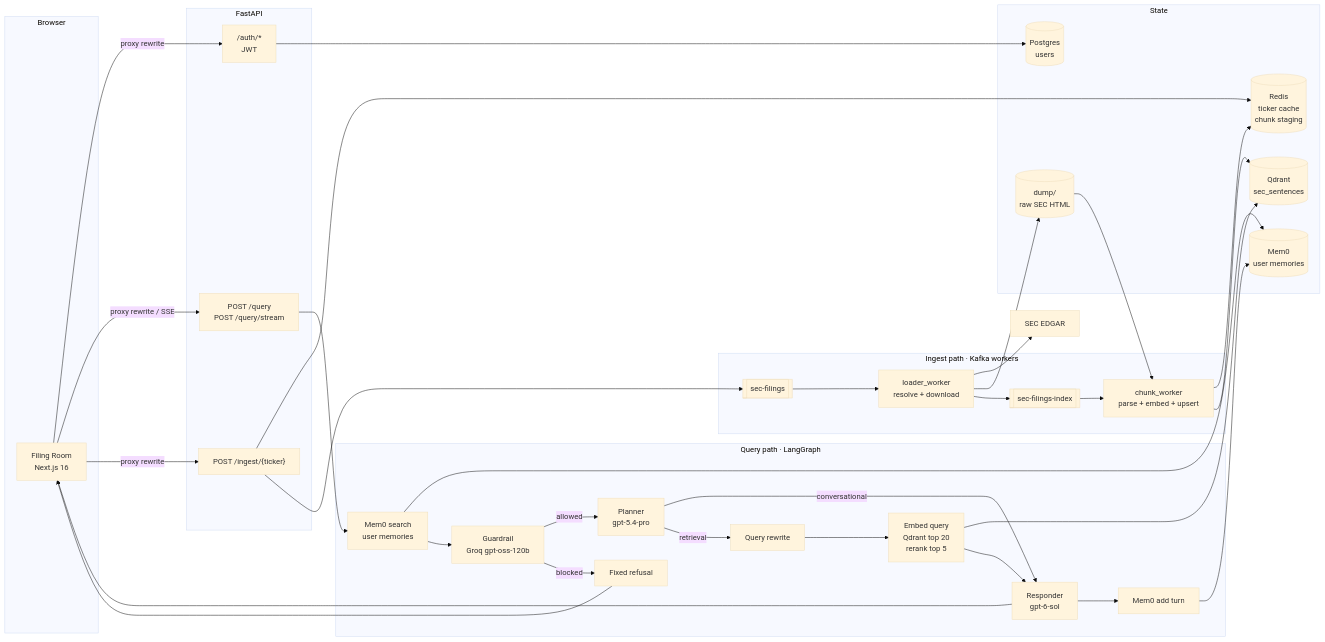
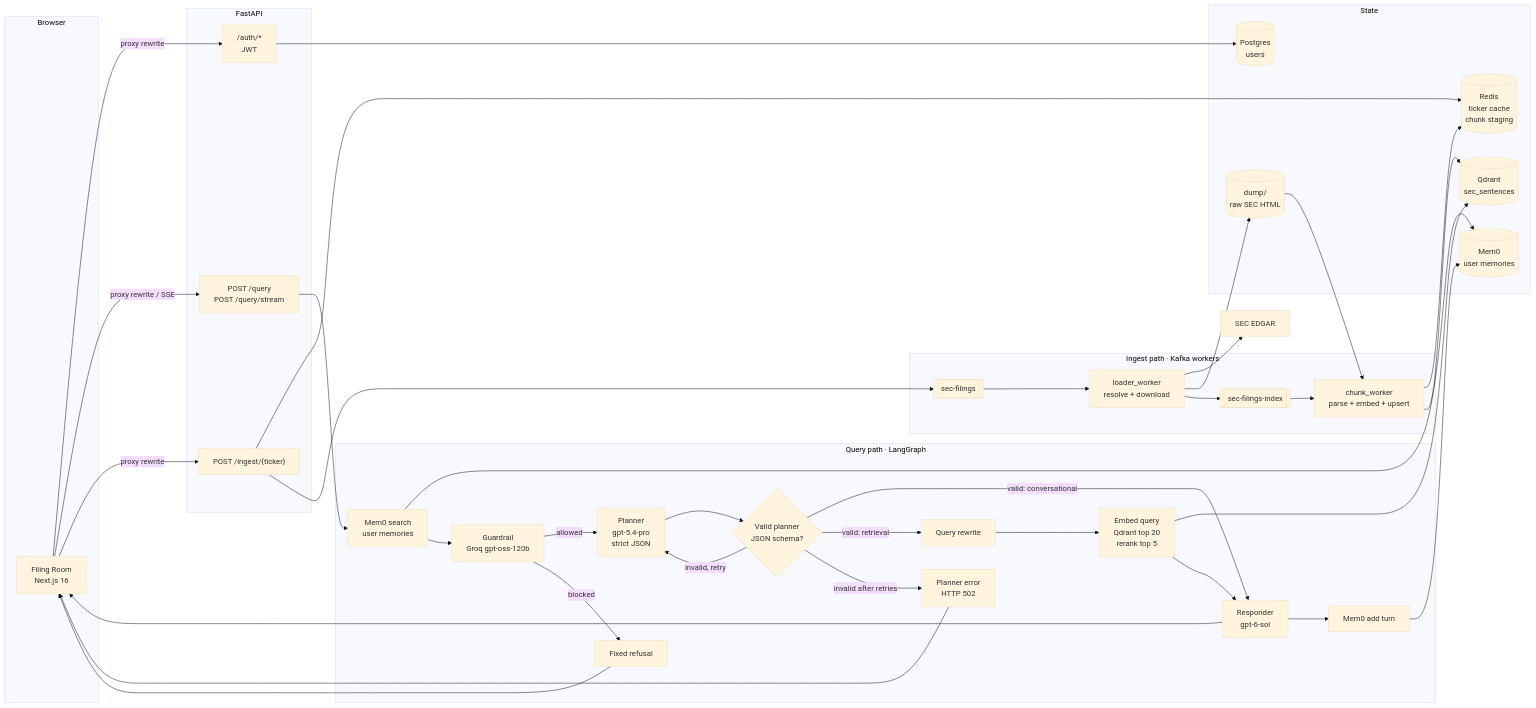
One commit to Ravi-opps/SEC-filings-RAG-Assistant changed the diagram in README.md. Above: the diagram before and after it, drawn with Mermaid (base theme). The commit also changed other lines of this file and 3 other files, not shown here.

Commit message:
Harden planner JSON validation and retries

````diff
--- a/README.md
+++ b/README.md
@@ -29,69 +29,75 @@
 ```mermaid
 flowchart LR
   subgraph Browser["Browser"]
     UI["Filing Room<br/>Next.js 16"]
   end
 
   subgraph API["FastAPI"]
     AUTH["/auth/*<br/>JWT"]
     QUERY["POST /query<br/>POST /query/stream"]
     INGEST["POST /ingest/{ticker}"]
   end
 
   subgraph QueryPath["Query path · LangGraph"]
     MEMREAD["Mem0 search<br/>user memories"]
     GUARD["Guardrail<br/>Groq gpt-oss-120b"]
-    PLAN["Planner<br/>gpt-5.4-pro"]
+    PLAN["Planner<br/>gpt-5.4-pro<br/>strict JSON"]
+    VALIDATE{"Valid planner<br/>JSON schema?"}
+    PLANERR["Planner error<br/>HTTP 502"]
     REWRITE["Query rewrite"]
     RETRIEVE["Embed query<br/>Qdrant top 20<br/>rerank top 5"]
     ANSWER["Responder<br/>gpt-6-sol"]
     BLOCK["Fixed refusal"]
     MEMWRITE["Mem0 add turn"]
   end
 
   subgraph IngestPath["Ingest path · Kafka workers"]
     TOPIC1[["sec-filings"]]
     LOADER["loader_worker<br/>resolve + download"]
     TOPIC2[["sec-filings-index"]]
     CHUNKER["chunk_worker<br/>parse + embed + upsert"]
   end
 
   subgraph State["State"]
     PG[("Postgres<br/>users")]
     MEM0[("Mem0<br/>user memories")]
     REDIS[("Redis<br/>ticker cache<br/>chunk staging")]
     QDRANT[("Qdrant<br/>sec_sentences")]
     DUMP[("dump/<br/>raw SEC HTML")]
   end
 
   SEC["SEC EDGAR"]
 
   UI -->|proxy rewrite| AUTH
   UI -->|proxy rewrite / SSE| QUERY
   UI -->|proxy rewrite| INGEST
   AUTH --> PG
   QUERY --> MEMREAD
   MEMREAD --> MEM0
   MEMREAD --> GUARD
   GUARD -->|allowed| PLAN
   GUARD -->|blocked| BLOCK
   BLOCK --> UI
-  PLAN -->|conversational| ANSWER
-  PLAN -->|retrieval| REWRITE
+  PLAN --> VALIDATE
+  VALIDATE -->|invalid, retry| PLAN
+  VALIDATE -->|valid: conversational| ANSWER
+  VALIDATE -->|valid: retrieval| REWRITE
+  VALIDATE -->|invalid after retries| PLANERR
+  PLANERR --> UI
   REWRITE --> RETRIEVE
   RETRIEVE --> QDRANT
   RETRIEVE --> ANSWER
   ANSWER --> MEMWRITE
   MEMWRITE --> MEM0
   ANSWER --> UI
   INGEST --> REDIS
   INGEST --> TOPIC1
   TOPIC1 --> LOADER
   LOADER --> SEC
   LOADER --> DUMP
   LOADER --> TOPIC2
   TOPIC2 --> CHUNKER
   DUMP --> CHUNKER
   CHUNKER --> REDIS
   CHUNKER --> QDRANT
 ```
````
